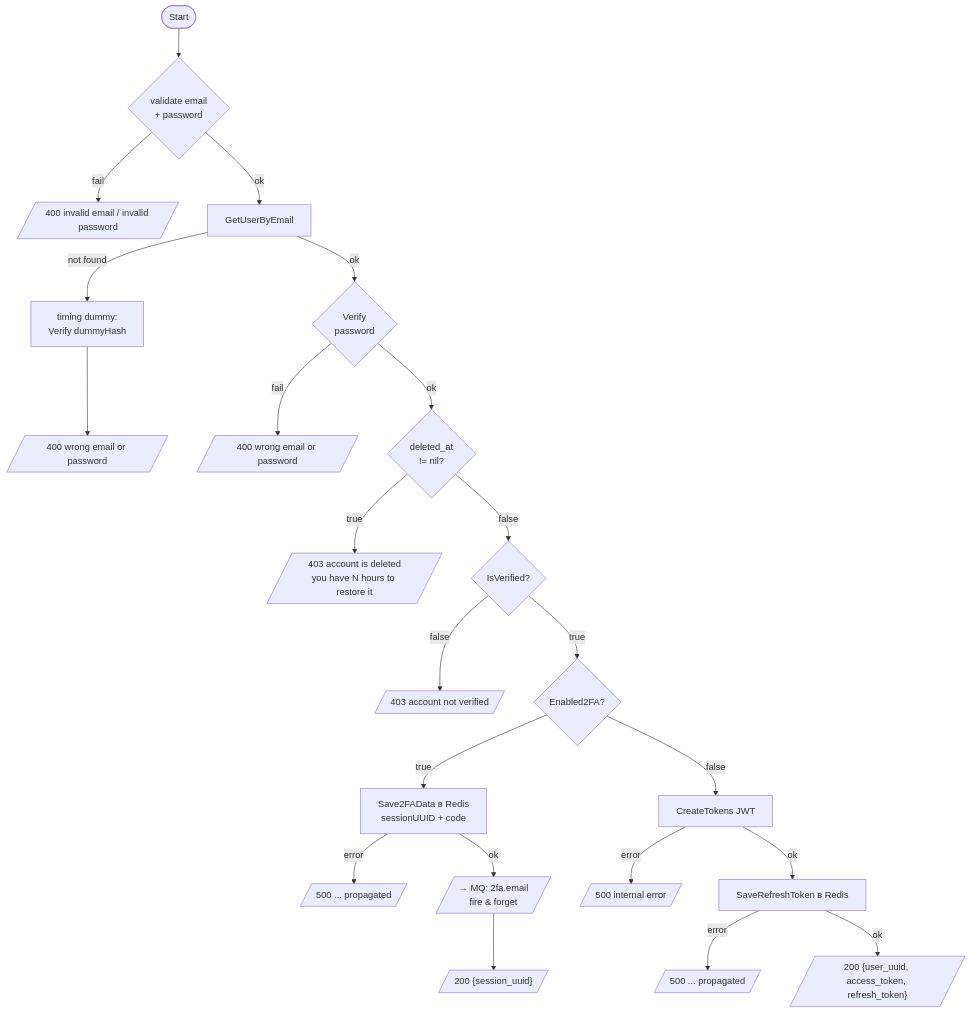
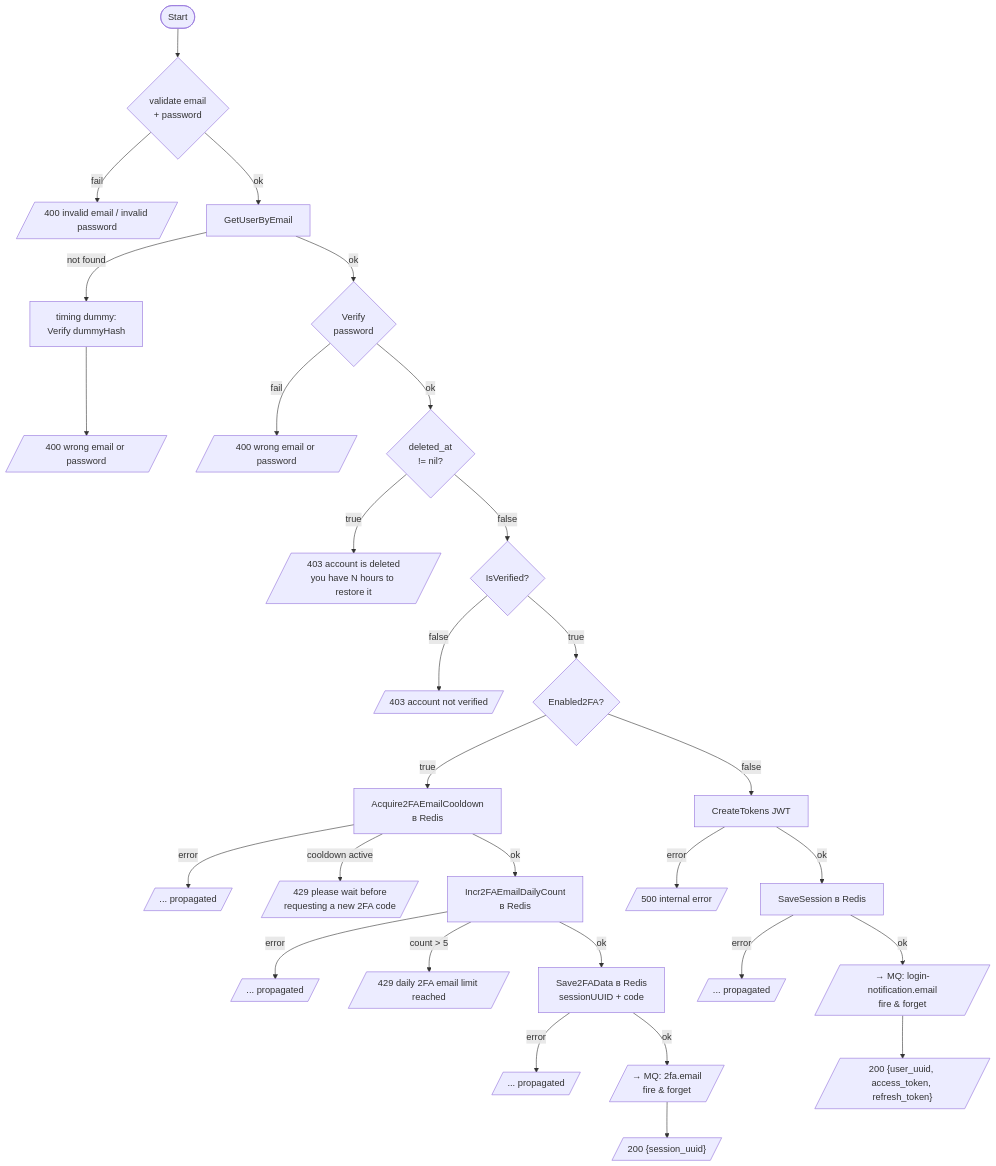
Before and after one commit to unwelcome/FrameWorkTask1: the second of 10 diagrams in backend/auth/docs/flows.md, drawn with Mermaid. The commit also changed other lines of this file and 18 other files, not shown here.

Commit message:
review(auth_service): rename tokens methods to sessions methods, with a sole exception of RefreshToken, of course

````diff
--- a/backend/auth/docs/flows.md
+++ b/backend/auth/docs/flows.md
@@ -48,31 +50,38 @@
 ```mermaid
 flowchart TD
     A([Start]) --> V1{validate email\n+ password}
     V1 -->|fail| E1[/"400 invalid email / invalid password"/]
 
     V1 -->|ok| DB1[GetUserByEmail]
-    DB1 -->|not found| DUMMY1[timing dummy:\nVerify dummyHash]
-    DUMMY1 --> E2[/"400 wrong email or password"/]
+    DB1 -->|not found| DUMMY[timing dummy:\nVerify dummyHash]
+    DUMMY --> E2[/"400 wrong email or password"/]
 
     DB1 -->|ok| PWD{Verify\npassword}
     PWD -->|fail| E3[/"400 wrong email or password"/]
 
     PWD -->|ok| DEL{deleted_at\n!= nil?}
     DEL -->|true| E4[/"403 account is deleted\nyou have N hours to restore it"/]
 
     DEL -->|false| VER{IsVerified?}
     VER -->|false| E5[/"403 account not verified"/]
 
     VER -->|true| TFA{Enabled2FA?}
 
-    TFA -->|true| S1[Save2FAData в Redis\nsessionUUID + code]
-    S1 -->|error| E6[/"500 ... propagated"/]
+    TFA -->|true| RL1[Acquire2FAEmailCooldown\nв Redis]
+    RL1 -->|error| E_rl1[/"... propagated"/]
+    RL1 -->|cooldown active| E6[/"429 please wait before\nrequesting a new 2FA code"/]
+    RL1 -->|ok| RL2[Incr2FAEmailDailyCount\nв Redis]
+    RL2 -->|error| E_rl2[/"... propagated"/]
+    RL2 -->|count > 5| E7[/"429 daily 2FA email limit reached"/]
+    RL2 -->|ok| S1[Save2FAData в Redis\nsessionUUID + code]
+    S1 -->|error| E8[/"... propagated"/]
     S1 -->|ok| MQ1[/"→ MQ: 2fa.email\nfire & forget"/]
     MQ1 --> OK1[/"200 {session_uuid}"/]
 
     TFA -->|false| TK[CreateTokens JWT]
-    TK -->|error| E7[/"500 internal error"/]
-    TK -->|ok| RD1[SaveRefreshToken в Redis]
-    RD1 -->|error| E8[/"500 ... propagated"/]
-    RD1 -->|ok| OK2[/"200 {user_uuid, access_token, refresh_token}"/]
+    TK -->|error| E9[/"500 internal error"/]
+    TK -->|ok| RD1[SaveSession в Redis]
+    RD1 -->|error| E10[/"... propagated"/]
+    RD1 -->|ok| MQ2[/"→ MQ: login-notification.email\nfire & forget"/]
+    MQ2 --> OK2[/"200 {user_uuid, access_token, refresh_token}"/]
 ```
````
